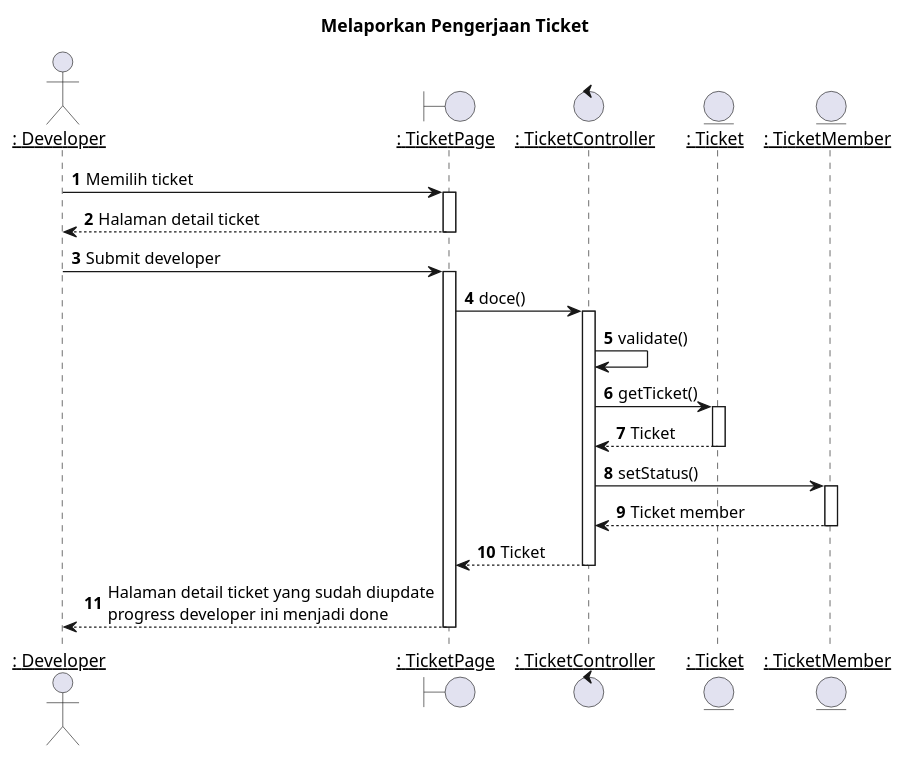
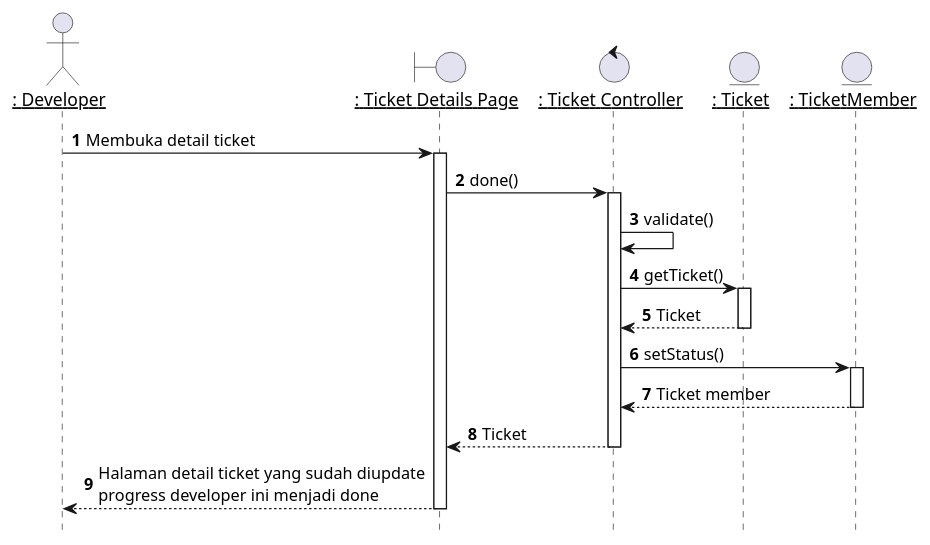
Before and after one commit to TAS-PKL/Laporan-PKL-Ticketing: the diagram in plantuml/sequence/idev/idev4.puml, drawn with PlantUML. The commit also changed 47 other files, not shown here.

```diff
--- a/plantuml/sequence/idev/idev4.puml
+++ b/plantuml/sequence/idev/idev4.puml
@@ -1,48 +1,43 @@
 @startuml Melaporkan Pengerjaan Ticket
 
-title "Melaporkan Pengerjaan Ticket"
+' title "Melaporkan Pengerjaan Ticket"
+hide footbox
 
 actor DEV as "__: Developer__"
-boundary TicketPage as "__: TicketPage__"
-control TicketController as "__: TicketController__"
+boundary TicketPage as "__: Ticket Details Page__"
+control TicketController as "__: Ticket Controller__"
 entity Ticket as "__: Ticket__"
 entity TicketMember as "__: TicketMember__"
 
+
 autonumber 1
 'list
-DEV -> TicketPage: Memilih ticket
+DEV -> TicketPage: Membuka detail ticket
 activate TicketPage
 
-TicketPage --> DEV: Halaman detail ticket
-deactivate TicketPage
-
-
-DEV -> TicketPage: Submit developer
-activate TicketPage
-
-TicketPage -> TicketController: doce()
+TicketPage -> TicketController: done()
 activate TicketController
 
 TicketController -> TicketController: validate()
 
 TicketController -> Ticket: getTicket()
 activate Ticket
 
 Ticket --> TicketController : Ticket
 deactivate Ticket
 
 TicketController -> TicketMember: setStatus()
 activate TicketMember
 
 TicketMember --> TicketController: Ticket member
 deactivate TicketMember
 
 
 TicketController --> TicketPage : Ticket
 deactivate TicketController
 
 TicketPage --> DEV : Halaman detail ticket yang sudah diupdate\nprogress developer ini menjadi done
 deactivate TicketPage
 
 
 @enduml
```
